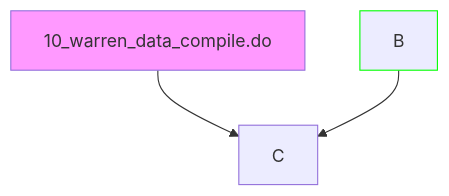
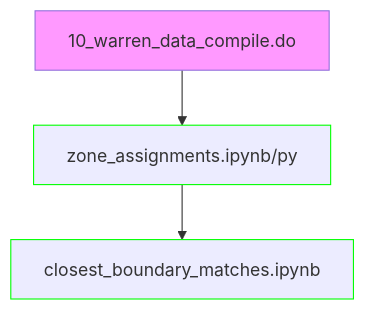
The first of 5 diagrams in code/data_setup/README.md (nchiumenti/boston_zoning), drawn with Mermaid before and after one commit.

````diff
--- a/code/data_setup/README.md
+++ b/code/data_setup/README.md
@@ -7,7 +7,7 @@
 ```mermaid
 flowchart TD
     classDef do fill:#f9f
     classDef py stroke:#0f0
-    10_warren_data_compile.do:::do & B:::py --> C:::foobar
+    10_warren_data_compile.do:::do --> zone_assignments.ipynb/py:::py --> closest_boundary_matches.ipynb:::py
 
 ```
````
